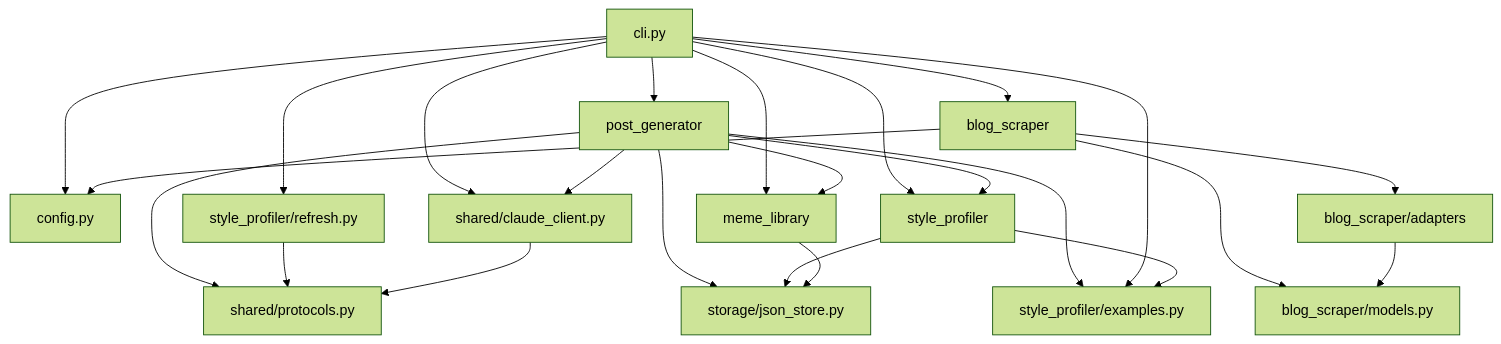
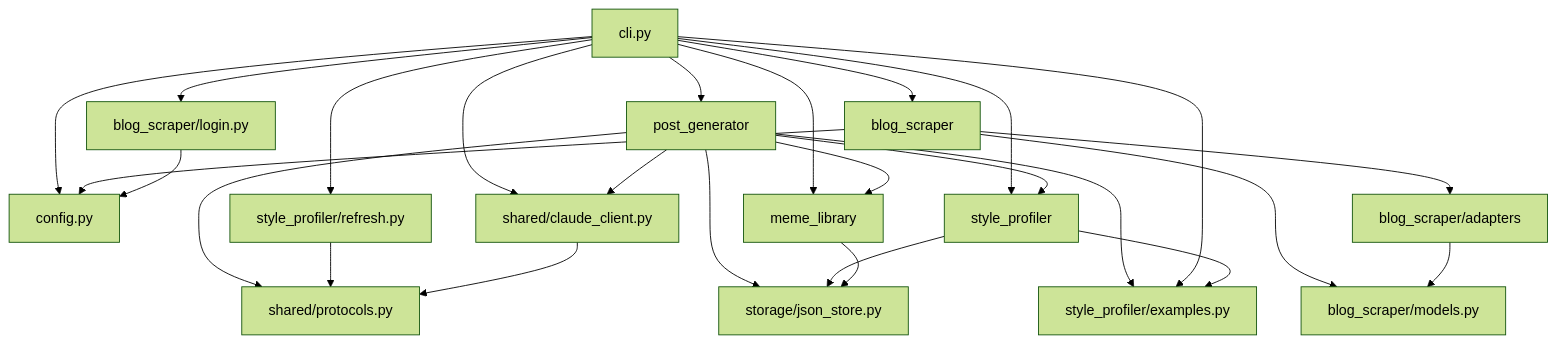
The diagram in docs/ai-context/architecture.md (Easy-T/naver-blog-bot), drawn with Mermaid (forest theme) before and after one commit. The commit also changed other lines of this file and 3 other files, not shown here.

````diff
--- a/docs/ai-context/architecture.md
+++ b/docs/ai-context/architecture.md
@@ -8,28 +8,30 @@
 ```mermaid
 graph TD
   cli["cli.py"] --> config["config.py"]
   cli --> post_generator["post_generator"]
   cli --> style_profiler["style_profiler"]
   cli --> meme_library["meme_library"]
   cli --> blog_scraper["blog_scraper"]
   cli --> shared_claude["shared/claude_client.py"]
   cli --> refresh["style_profiler/refresh.py"]
   post_generator --> shared_claude
   post_generator --> storage["storage/json_store.py"]
   post_generator --> style_profiler
   post_generator --> meme_library
   style_profiler --> storage
   meme_library --> storage
   blog_scraper --> config
   blog_scraper --> scraper_adapters["blog_scraper/adapters"]
   blog_scraper --> scraper_models["blog_scraper/models.py"]
   scraper_adapters --> scraper_models
   protocols["shared/protocols.py"]
   post_generator --> protocols
   refresh --> protocols
   shared_claude --> protocols
   examples["style_profiler/examples.py"]
   post_generator --> examples
   cli --> examples
   style_profiler --> examples
+  cli --> login["blog_scraper/login.py"]
+  login --> config
 ```
````
